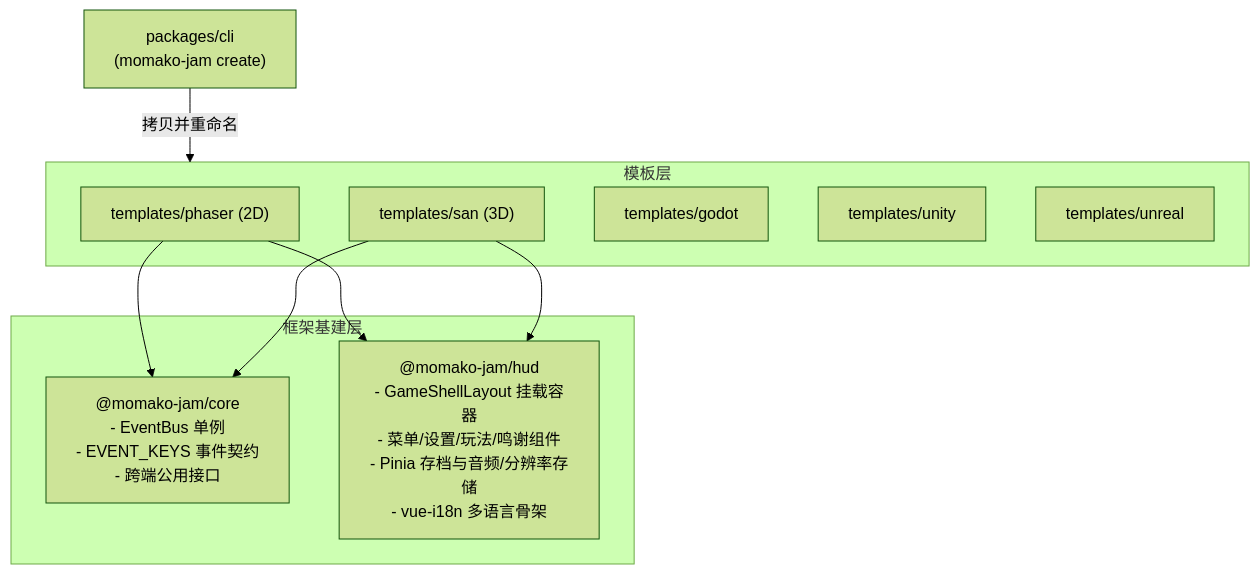
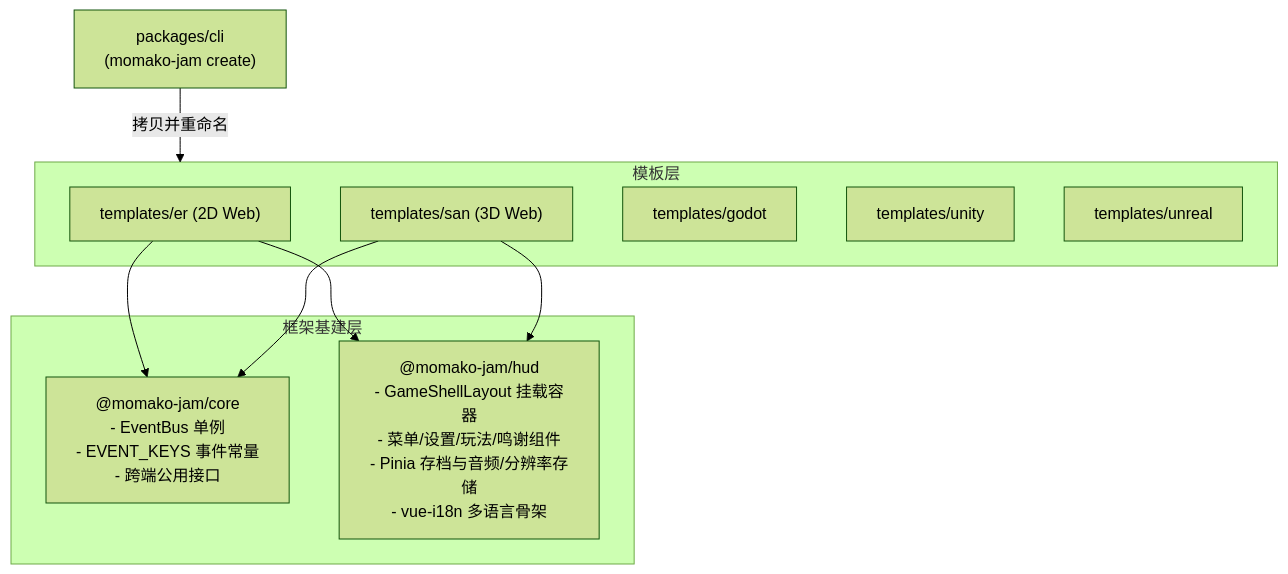
The diagram in docs/maintainer/architecture.md (momakoding/momako), drawn with Mermaid (forest theme) before and after one commit. The commit also changed other lines of this file and 9 other files, not shown here.

First line of the commit message:
docs: align Momako Jam positioning, add MIT license, and refine agent guidelines

````diff
--- a/docs/maintainer/architecture.md
+++ b/docs/maintainer/architecture.md
@@ -9,21 +9,21 @@
 ```mermaid
 flowchart TB
     CLI["packages/cli<br/>(momako-jam create)"]
 
     subgraph CoreLayer["框架基建层"]
-        Core["@momako-jam/core<br/>- EventBus 单例<br/>- EVENT_KEYS 事件契约<br/>- 跨端公用接口"]
+        Core["@momako-jam/core<br/>- EventBus 单例<br/>- EVENT_KEYS 事件常量<br/>- 跨端公用接口"]
         HUD["@momako-jam/hud<br/>- GameShellLayout 挂载容器<br/>- 菜单/设置/玩法/鸣谢组件<br/>- Pinia 存档与音频/分辨率存储<br/>- vue-i18n 多语言骨架"]
     end
 
     subgraph Templates["模板层"]
-        Phaser["templates/phaser (2D)"]
-        San["templates/san (3D)"]
+        Er["templates/er (2D Web)"]
+        San["templates/san (3D Web)"]
         Godot["templates/godot"]
         Unity["templates/unity"]
         Unreal["templates/unreal"]
     end
 
     CLI -->|拷贝并重命名| Templates
-    Phaser --> Core & HUD
+    Er --> Core & HUD
     San --> Core & HUD
 ```
````
